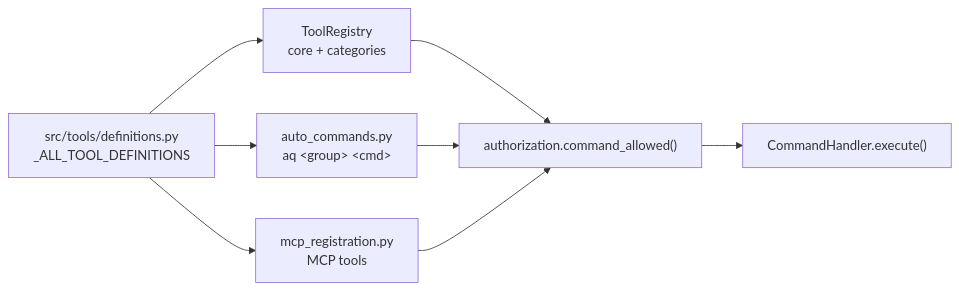
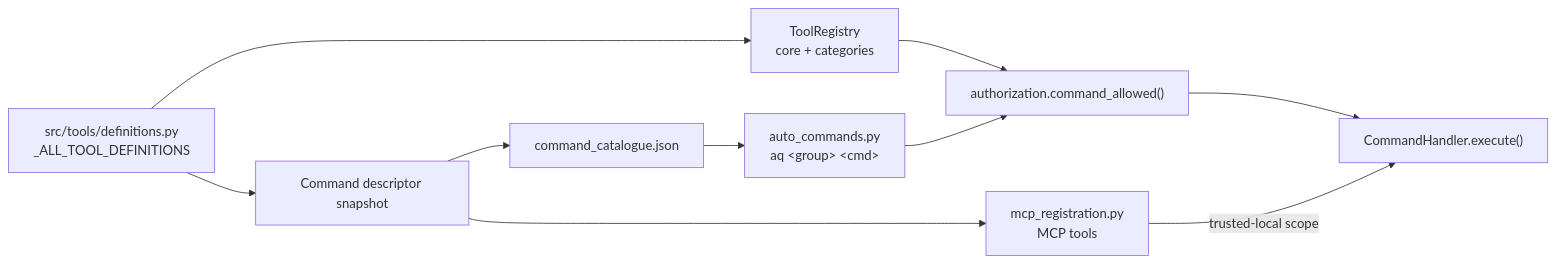
Before and after one commit to ElectricJack/agent-queue: the diagram in docs/reference/cli/agent-tools.md, drawn with Mermaid. The commit also changed other lines of this file and 10 other files, not shown here.

````diff
--- a/docs/reference/cli/agent-tools.md
+++ b/docs/reference/cli/agent-tools.md
@@ -29,10 +38,12 @@
 ```mermaid
 flowchart LR
   D["src/tools/definitions.py<br/>_ALL_TOOL_DEFINITIONS"] --> R["ToolRegistry<br/>core + categories"]
-  D --> C["auto_commands.py<br/>aq &lt;group&gt; &lt;cmd&gt;"]
-  D --> M["mcp_registration.py<br/>MCP tools"]
+  D --> S["Command descriptor snapshot"]
+  S --> J["command_catalogue.json"]
+  J --> C["auto_commands.py<br/>aq &lt;group&gt; &lt;cmd&gt;"]
+  S --> M["mcp_registration.py<br/>MCP tools"]
   R --> A["authorization.command_allowed()"]
   C --> A
-  M --> A
+  M -->|trusted-local scope| H
   A --> H["CommandHandler.execute()"]
 ```
````
